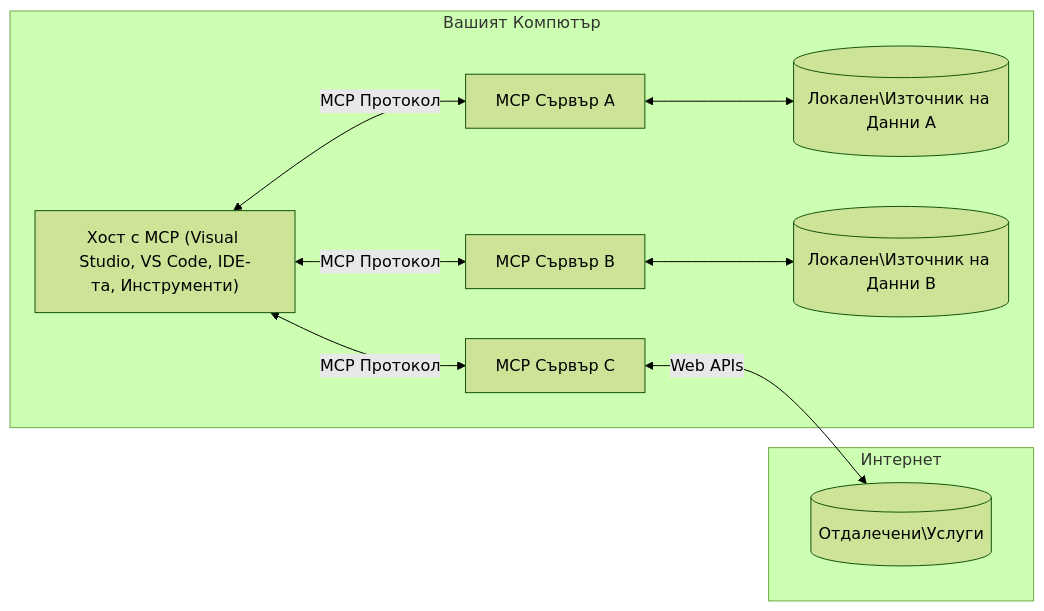
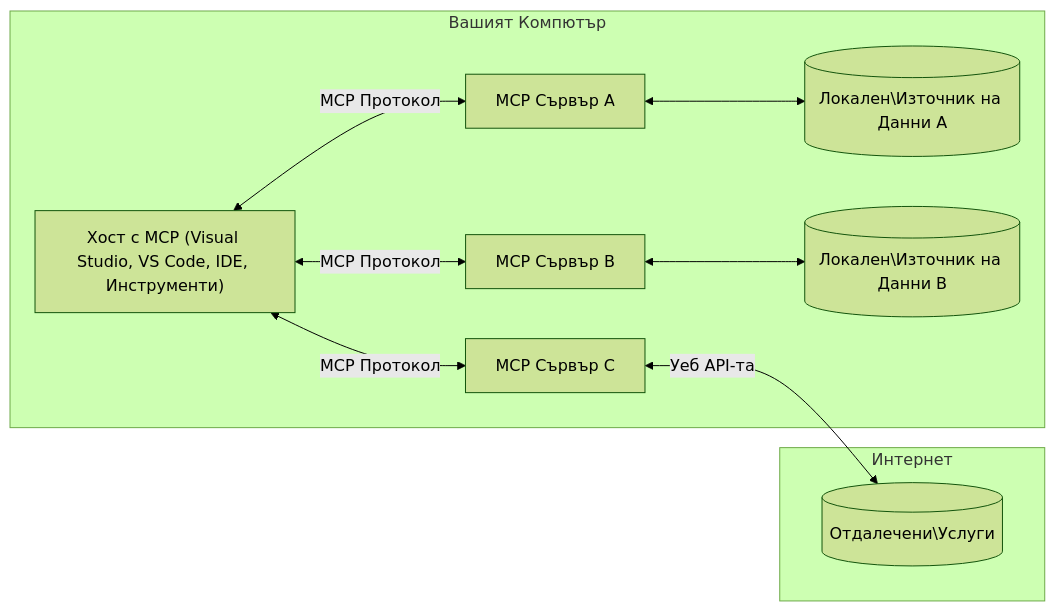
One commit to Mu-L/mcp-for-beginners changed the diagram in translations/bg/01-CoreConcepts/README.md. Above: the diagram before and after it, drawn with Mermaid (forest theme). The commit also changed other lines of this file and 5 other files, not shown here.

````diff
--- a/translations/bg/01-CoreConcepts/README.md
+++ b/translations/bg/01-CoreConcepts/README.md
@@ -45,17 +45,17 @@
 ```mermaid
 flowchart LR
     subgraph "Вашият Компютър"
-        Host["Хост с MCP (Visual Studio, VS Code, IDE-та, Инструменти)"]
+        Host["Хост с MCP (Visual Studio, VS Code, IDE, Инструменти)"]
         S1["MCP Сървър A"]
         S2["MCP Сървър B"]
         S3["MCP Сървър C"]
         Host <-->|"MCP Протокол"| S1
         Host <-->|"MCP Протокол"| S2
         Host <-->|"MCP Протокол"| S3
         S1 <--> D1[("Локален\Източник на Данни A")]
         S2 <--> D2[("Локален\Източник на Данни B")]
     end
     subgraph "Интернет"
-        S3 <-->|"Web APIs"| D3[("Отдалечени\Услуги")]
+        S3 <-->|"Уеб API-та"| D3[("Отдалечени\Услуги")]
     end
-```  
+```
````
